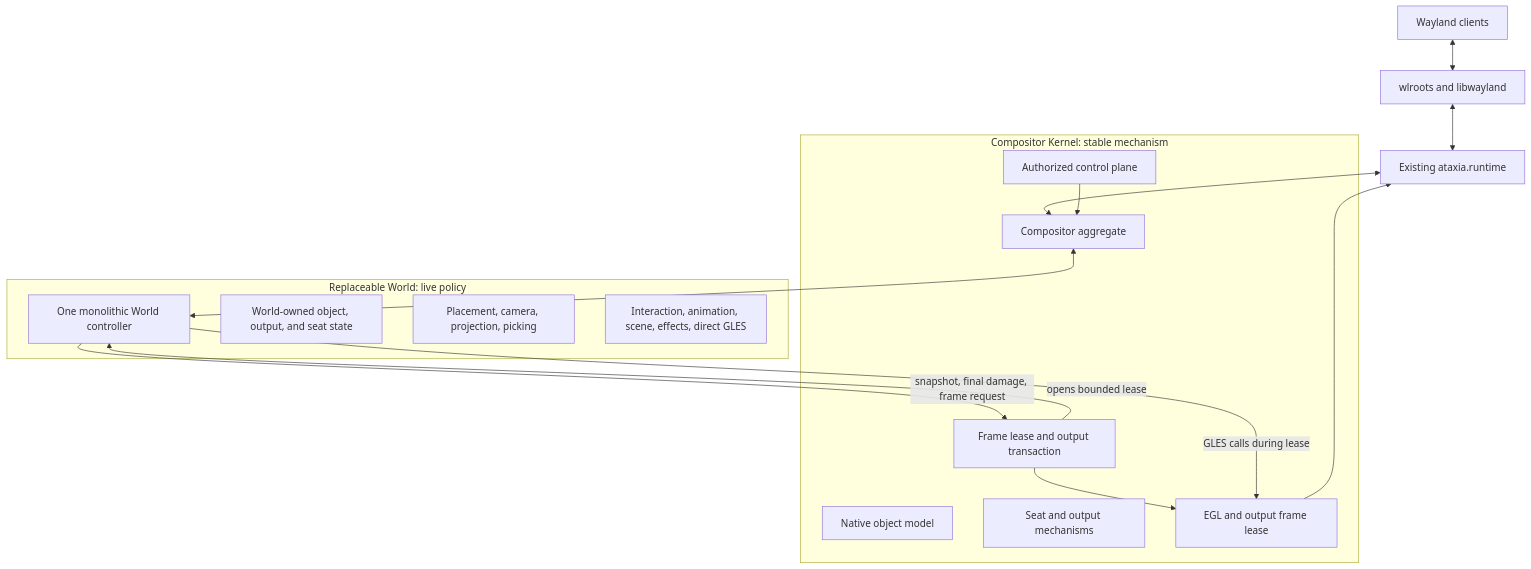
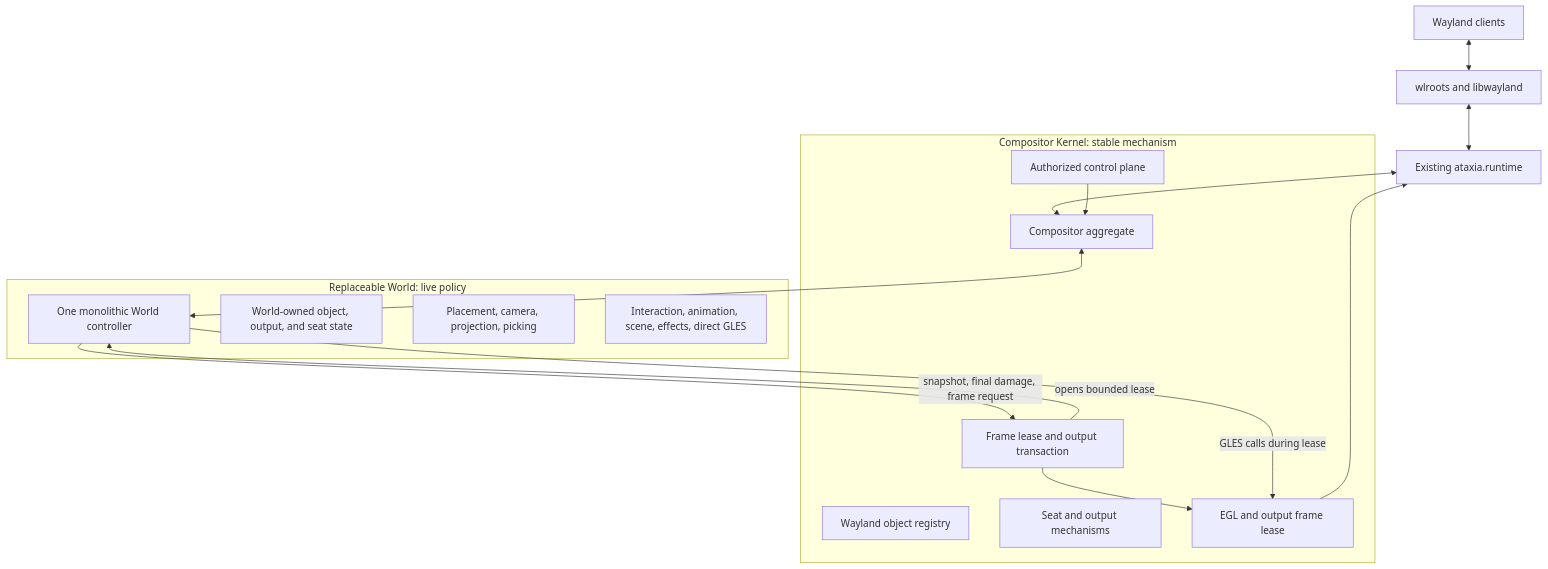
One commit to SeungheonOh/ataxia changed the first of 4 diagrams in docs/POST-RUNTIME-REDESIGN-PLAN.md. Above: the diagram before and after it, drawn with Mermaid. The commit also changed other lines of this file, not shown here.

Commit message:
docs: keep native objects entirely world-owned

````diff
--- a/docs/POST-RUNTIME-REDESIGN-PLAN.md
+++ b/docs/POST-RUNTIME-REDESIGN-PLAN.md
@@ -95,30 +95,30 @@
 ```mermaid
 flowchart TD
     CLIENT[Wayland clients] <--> WLR[wlroots and libwayland]
     WLR <--> RT[Existing ataxia.runtime]
 
     subgraph K[Compositor Kernel: stable mechanism]
       ROOT[Compositor aggregate]
-      MODEL[Native object model]
+      MODEL[Wayland object registry]
       IO[Seat and output mechanisms]
       FRAME[Frame lease and output transaction]
       LEASE[EGL and output frame lease]
       CONTROL[Authorized control plane]
     end
 
     subgraph W[Replaceable World: live policy]
       WORLD[One monolithic World controller]
       META[World-owned object, output, and seat state]
       SPACE[Placement, camera, projection, picking]
       POLICY[Interaction, animation, scene, effects, direct GLES]
     end
 
     RT <--> ROOT
     ROOT <--> WORLD
     WORLD -->|snapshot, final damage, frame request| FRAME
     FRAME -->|opens bounded lease| WORLD
     FRAME --> LEASE
     WORLD -->|GLES calls during lease| LEASE
     LEASE --> RT
     CONTROL --> ROOT
 ```
````
